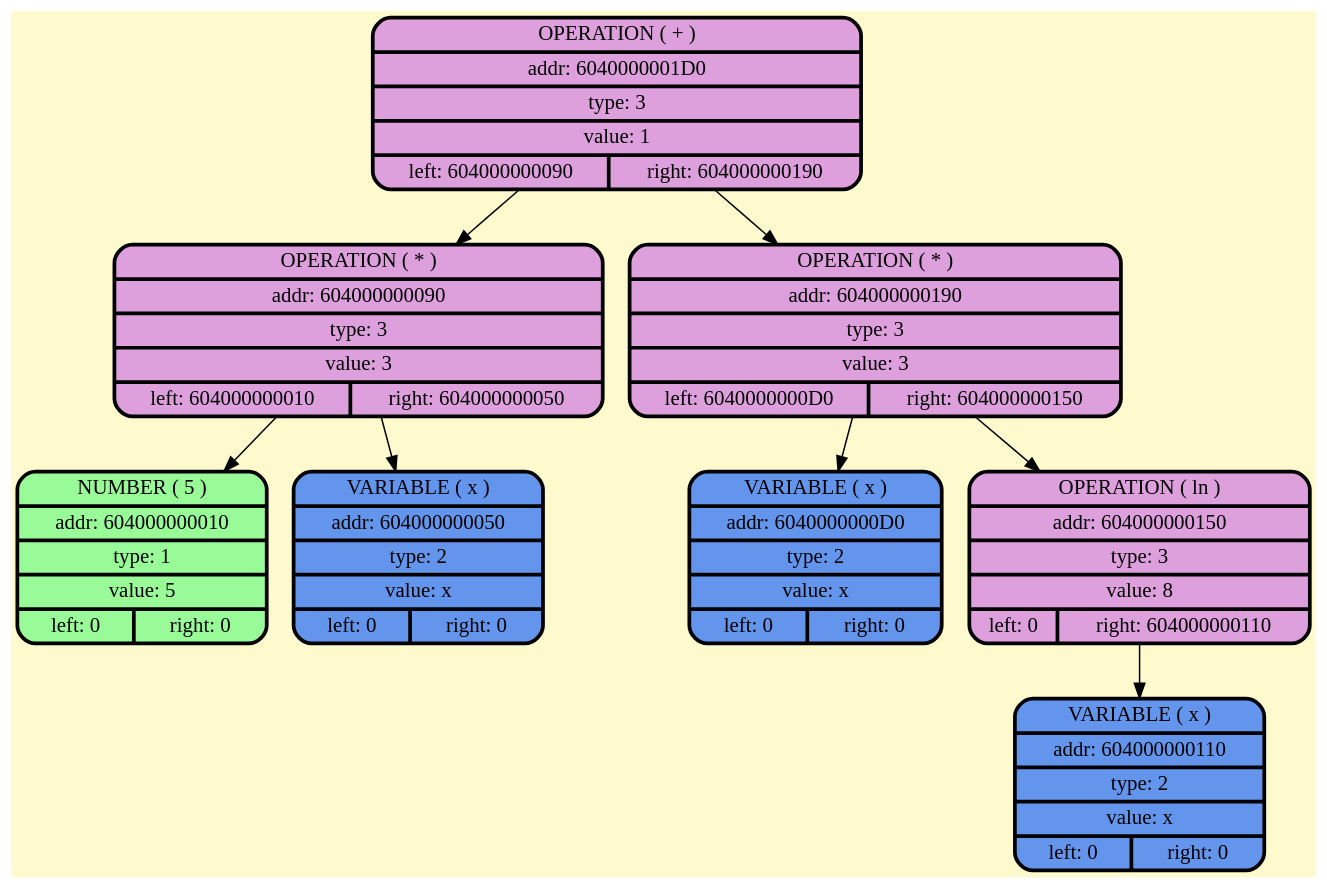
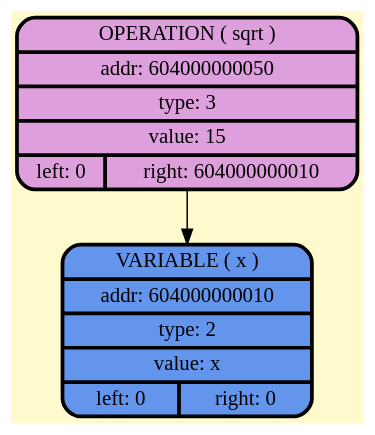
Before and after one commit to BulgakovDmitry/differentiator: the diagram in dumpGraph/root.gv, drawn with Graphviz. The commit also changed 26 other files, not shown here.

```diff
--- a/dumpGraph/root.gv
+++ b/dumpGraph/root.gv
@@ -1,20 +1,8 @@
 digraph G {
     node [style=filled, fontcolor=darkblue, fillcolor=peachpuff, color="#252A34", penwidth=2.5];
     bgcolor="lemonchiffon";
 
-node_0x6040000001d0 [shape=Mrecord; style = filled; fillcolor=plum; color = "#000000"; fontcolor = "#000000";label=" {OPERATION ( + ) | addr: 6040000001D0 | type: 3 | value: 1 | {left: 604000000090 | right: 604000000190}} "];
-node_0x604000000090 [shape=Mrecord; style = filled; fillcolor=plum; color = "#000000"; fontcolor = "#000000";label=" {OPERATION ( * ) | addr: 604000000090 | type: 3 | value: 3 | {left: 604000000010 | right: 604000000050}} "];
-    node_0x604000000010 [shape=Mrecord; style = filled; fillcolor = palegreen; color = "#000000"; fontcolor = "#000000";  label="  {NUMBER ( 5 )| addr: 604000000010 | type: 1| value: 5 | {left: 0 | right: 0}} "];
-    node_0x604000000050 [shape=Mrecord; style = filled; fillcolor = cornflowerblue; color = "#000000"; fontcolor = "#000000";  label="  {VARIABLE ( x )| addr: 604000000050 | type: 2| value: x | {left: 0 | right: 0}} "];
-node_0x604000000190 [shape=Mrecord; style = filled; fillcolor=plum; color = "#000000"; fontcolor = "#000000";label=" {OPERATION ( * ) | addr: 604000000190 | type: 3 | value: 3 | {left: 6040000000D0 | right: 604000000150}} "];
-    node_0x6040000000d0 [shape=Mrecord; style = filled; fillcolor = cornflowerblue; color = "#000000"; fontcolor = "#000000";  label="  {VARIABLE ( x )| addr: 6040000000D0 | type: 2| value: x | {left: 0 | right: 0}} "];
-node_0x604000000150 [shape=Mrecord; style = filled; fillcolor=plum; color = "#000000"; fontcolor = "#000000";label=" {OPERATION ( ln ) | addr: 604000000150 | type: 3 | value: 8 | {left: 0 | right: 604000000110}} "];
-    node_0x604000000110 [shape=Mrecord; style = filled; fillcolor = cornflowerblue; color = "#000000"; fontcolor = "#000000";  label="  {VARIABLE ( x )| addr: 604000000110 | type: 2| value: x | {left: 0 | right: 0}} "];
-    node_0x6040000001d0 -> node_0x604000000090;
-    node_0x604000000090 -> node_0x604000000010;
-    node_0x604000000090 -> node_0x604000000050;
-    node_0x6040000001d0 -> node_0x604000000190;
-    node_0x604000000190 -> node_0x6040000000d0;
-    node_0x604000000190 -> node_0x604000000150;
-    node_0x604000000150 -> node_0x604000000110;
+node_0x604000000050 [shape=Mrecord; style = filled; fillcolor=plum; color = "#000000"; fontcolor = "#000000";label=" {OPERATION ( sqrt ) | addr: 604000000050 | type: 3 | value: 15 | {left: 0 | right: 604000000010}} "];
+    node_0x604000000010 [shape=Mrecord; style = filled; fillcolor = cornflowerblue; color = "#000000"; fontcolor = "#000000";  label="  {VARIABLE ( x )| addr: 604000000010 | type: 2| value: x | {left: 0 | right: 0}} "];
+    node_0x604000000050 -> node_0x604000000010;
 }
```
